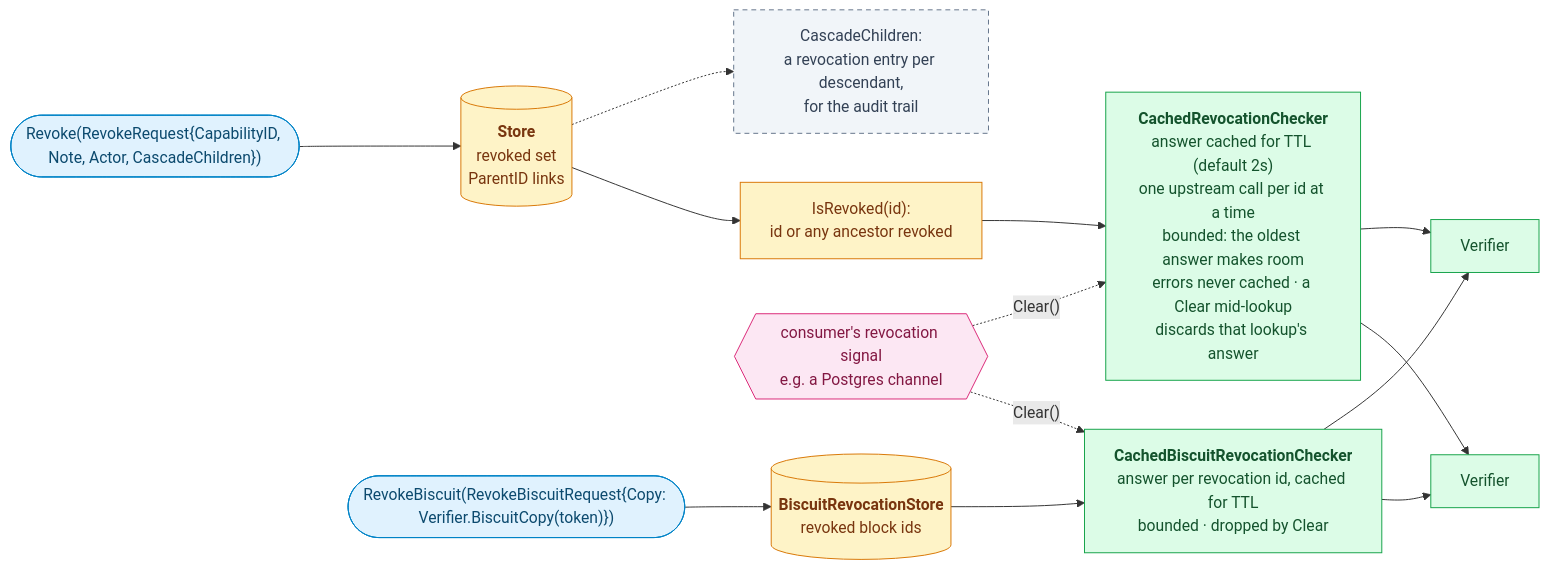
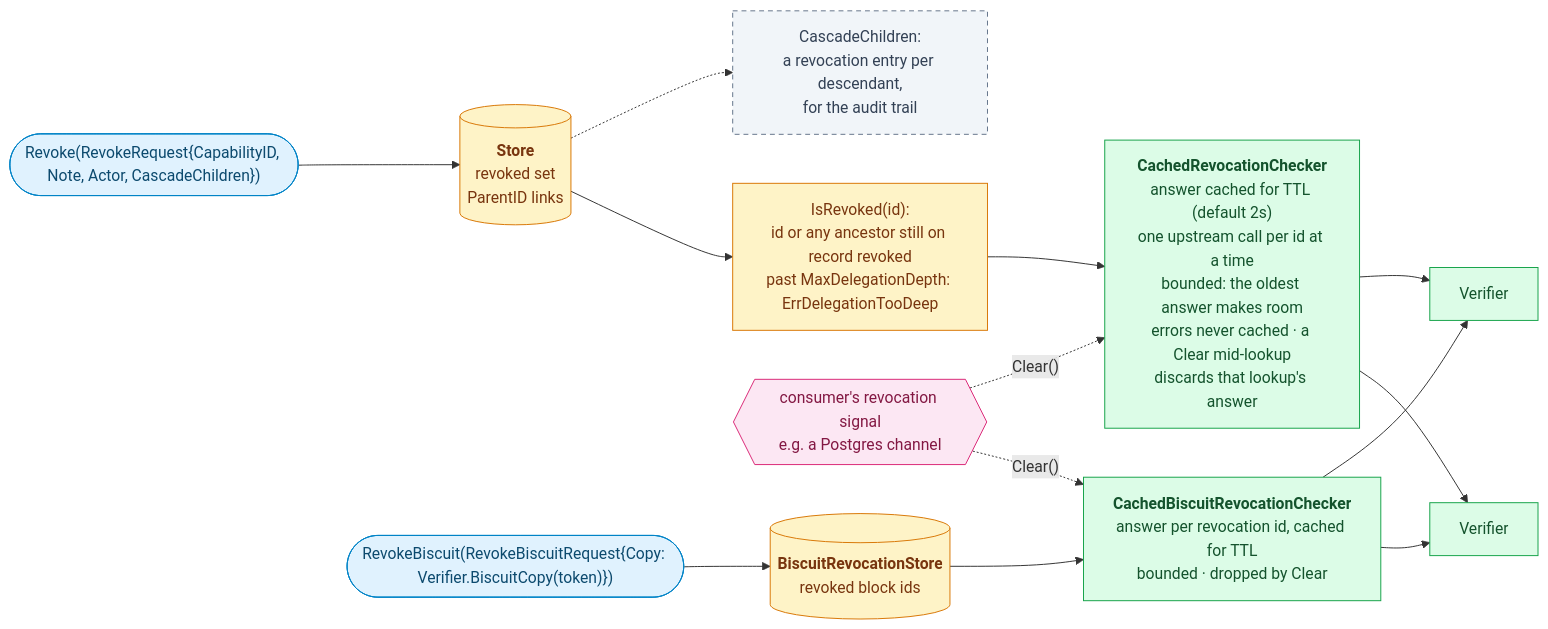
Diagram 11 of 11 in docs/diagrams.md (oleg-tkachuk/limes), drawn with Mermaid before and after one commit. The commit also changed other lines of this file and 1 other file, not shown here.

First line of the commit message:
docs(diagrams): redraw the flows as the code runs them

````diff
--- a/docs/diagrams.md
+++ b/docs/diagrams.md
@@ -702,36 +745,36 @@
 ```mermaid
 flowchart LR
     op(["Revoke(RevokeRequest{CapabilityID, Note, Actor, CascadeChildren})"])
     store[("<b>Store</b><br/>revoked set<br/>ParentID links")]
     cascade["CascadeChildren:<br/>a revocation entry per descendant,<br/>for the audit trail"]
-    chain["IsRevoked(id):<br/>id or any ancestor revoked"]
+    chain["IsRevoked(id):<br/>id or any ancestor still on record revoked<br/>past MaxDelegationDepth: ErrDelegationTooDeep"]
     cache["<b>CachedRevocationChecker</b><br/>answer cached for TTL (default 2s)<br/>one upstream call per id at a time<br/>bounded: the oldest answer makes room<br/>errors never cached · a Clear mid-lookup<br/>discards that lookup's answer"]
     notify{{"consumer's revocation signal<br/>e.g. a Postgres channel"}}
     bop(["RevokeBiscuit(RevokeBiscuitRequest{Copy: Verifier.BiscuitCopy(token)})"])
     blist[("<b>BiscuitRevocationStore</b><br/>revoked block ids")]
     bcache["<b>CachedBiscuitRevocationChecker</b><br/>answer per revocation id, cached for TTL<br/>bounded · dropped by Clear"]
     v1["Verifier"]
     v2["Verifier"]
 
     op --> store
     store -.-> cascade
     store --> chain --> cache
     cache --> v1
     cache --> v2
     notify -. "Clear()" .-> cache
     bop --> blist --> bcache
     bcache --> v1
     bcache --> v2
     notify -. "Clear()" .-> bcache
 
     classDef client fill:#E0F2FE,stroke:#0284C7,color:#0C4A6E
     classDef role fill:#DCFCE7,stroke:#16A34A,color:#14532D
     classDef optional fill:#F1F5F9,stroke:#64748B,color:#334155,stroke-dasharray:5 4
     classDef store fill:#FEF3C7,stroke:#D97706,color:#78350F
     classDef external fill:#FCE7F3,stroke:#DB2777,color:#831843
     class op,bop client
     class v1,v2,cache,bcache role
     class cascade optional
     class store,chain,blist store
     class notify external
 ```
````
